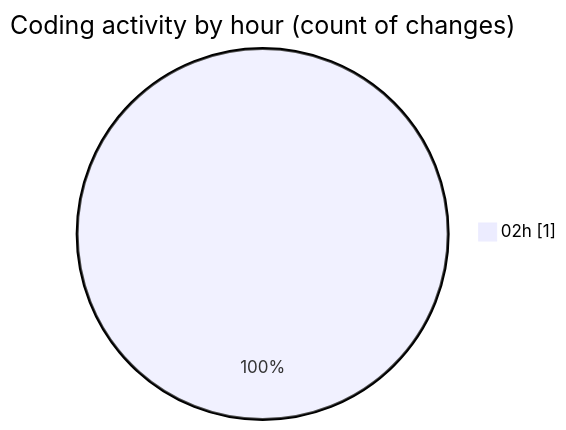
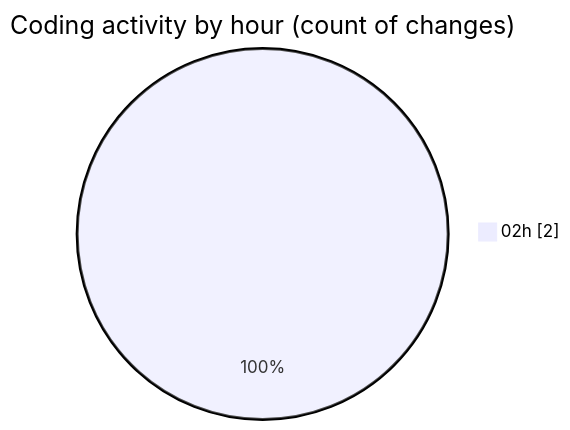
The second of 2 diagrams in 2025-10-02/open-health/README.md (mevix1/code-tracking), drawn with Mermaid before and after one commit. The commit also changed other lines of this file and 1 other file, not shown here.

````diff
--- a/2025-10-02/open-health/README.md
+++ b/2025-10-02/open-health/README.md
@@ -28,5 +28,5 @@
 ```mermaid
 pie showData
 title Coding activity by hour (count of changes)
-"02h" : 1
+"02h" : 2
 ```
````
